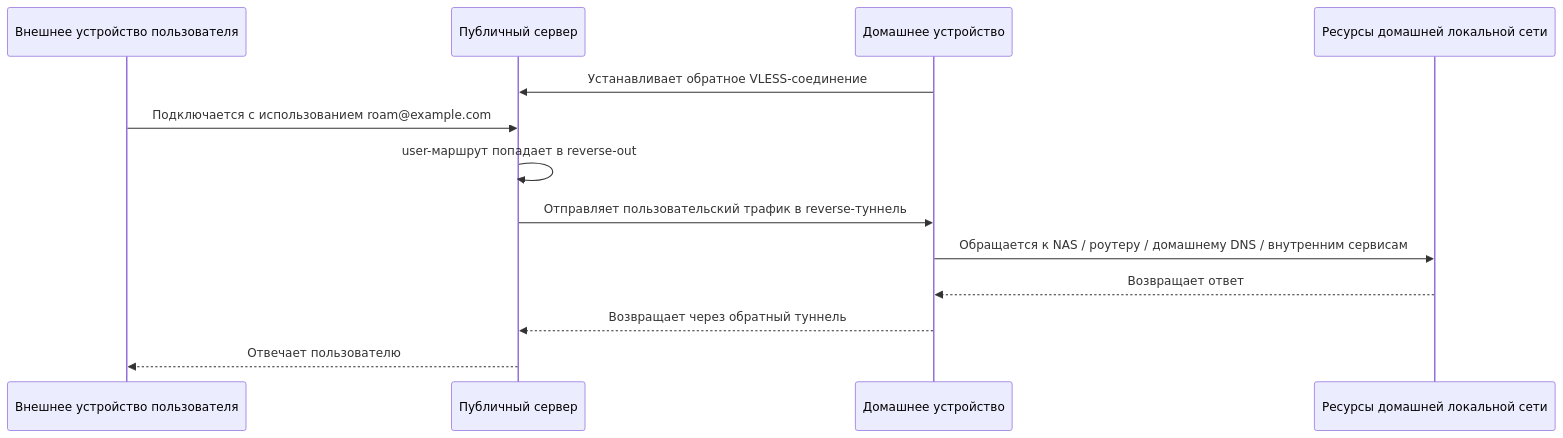
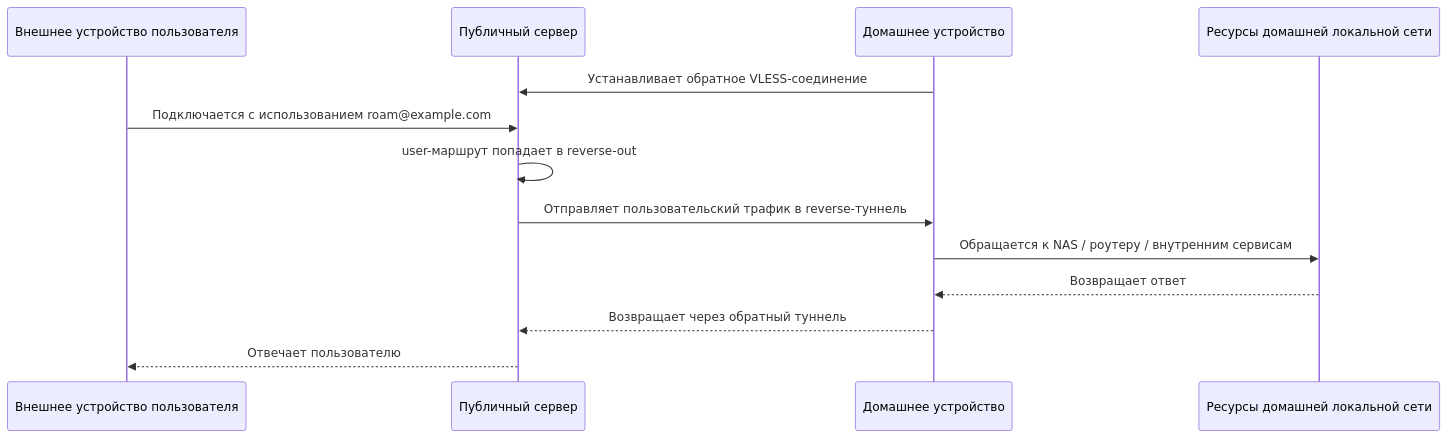
The fourth of 6 diagrams in docs/ru/document/level-2/vless_reverse.md (XTLS/Xray-docs-next), drawn with Mermaid before and after one commit. The commit also changed other lines of this file and 2 other files, not shown here.

````diff
--- a/docs/ru/document/level-2/vless_reverse.md
+++ b/docs/ru/document/level-2/vless_reverse.md
@@ -399,16 +399,16 @@
 ```mermaid
 sequenceDiagram
     participant U as Внешнее устройство пользователя
     participant S as Публичный сервер
     participant I as Домашнее устройство
     participant H as Ресурсы домашней локальной сети
 
     I->>S: Устанавливает обратное VLESS-соединение
     U->>S: Подключается с использованием roam@example.com
     S->>S: user-маршрут попадает в reverse-out
     S->>I: Отправляет пользовательский трафик в reverse-туннель
-    I->>H: Обращается к NAS / роутеру / домашнему DNS / внутренним сервисам
+    I->>H: Обращается к NAS / роутеру / внутренним сервисам
     H-->>I: Возвращает ответ
     I-->>S: Возвращает через обратный туннель
     S-->>U: Отвечает пользователю
 ```
````
